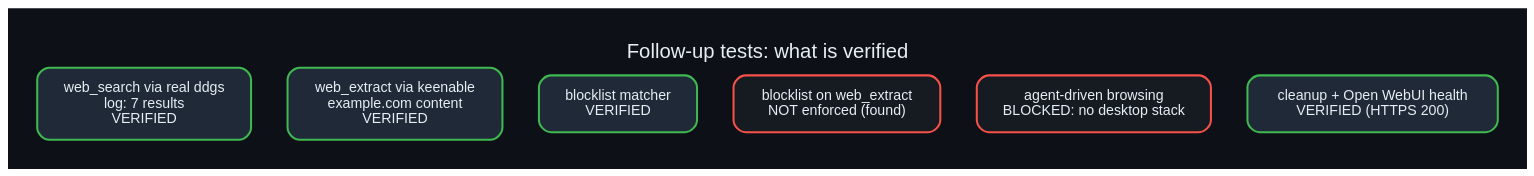
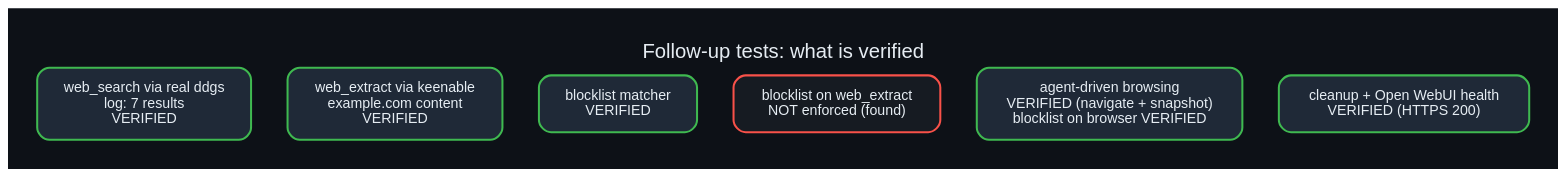
Before and after one commit to danindiana/hermes-web-search-ddgs: the diagram in diagrams/33_followup_test_ladder.dot, drawn with Graphviz. The commit also changed 38 other files, not shown here.

Commit message:
Browser working via sandboxed desktop image (Dockerfile.desktop); diagrams 35-38; update verification

```diff
--- a/diagrams/33_followup_test_ladder.dot
+++ b/diagrams/33_followup_test_ladder.dot
@@ -1,13 +1,13 @@
 digraph g {
 graph [bgcolor="#0d1117", rankdir=LR, fontname="Helvetica", fontcolor="#e6edf3", labelloc="t", fontsize=20, pad=0.4];
 node  [fontname="Helvetica", fontcolor="#e6edf3", color="#30363d", style="filled,rounded", shape=box, penwidth=2, margin="0.25,0.18", fillcolor="#161b22"];
 edge  [color="#8b949e", fontname="Helvetica", fontcolor="#adbac7", penwidth=1.6, arrowsize=0.9];
 label="Follow-up tests: what is verified";
 a [label="web_search via real ddgs\nlog: 7 results\nVERIFIED", color="#3fb950", fillcolor="#1f2937"];
 b [label="web_extract via keenable\nexample.com content\nVERIFIED", color="#3fb950", fillcolor="#1f2937"];
 c [label="blocklist matcher\nVERIFIED", color="#3fb950", fillcolor="#1f2937"];
 d [label="blocklist on web_extract\nNOT enforced (found)", color="#f85149"];
-e [label="agent-driven browsing\nBLOCKED: no desktop stack", color="#f85149"];
+e [label="agent-driven browsing\nVERIFIED (navigate + snapshot)\nblocklist on browser VERIFIED", color="#3fb950", fillcolor="#1f2937"];
 f [label="cleanup + Open WebUI health\nVERIFIED (HTTPS 200)", color="#3fb950", fillcolor="#1f2937"];
 a->b->c->d->e->f [style=invis];
 }
```
